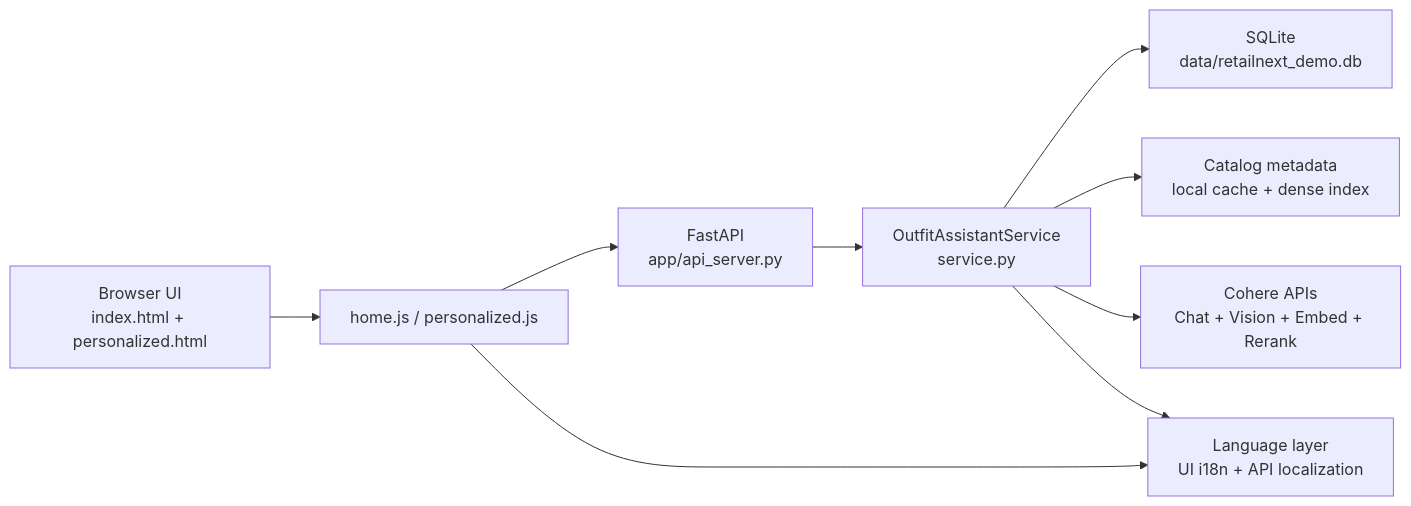
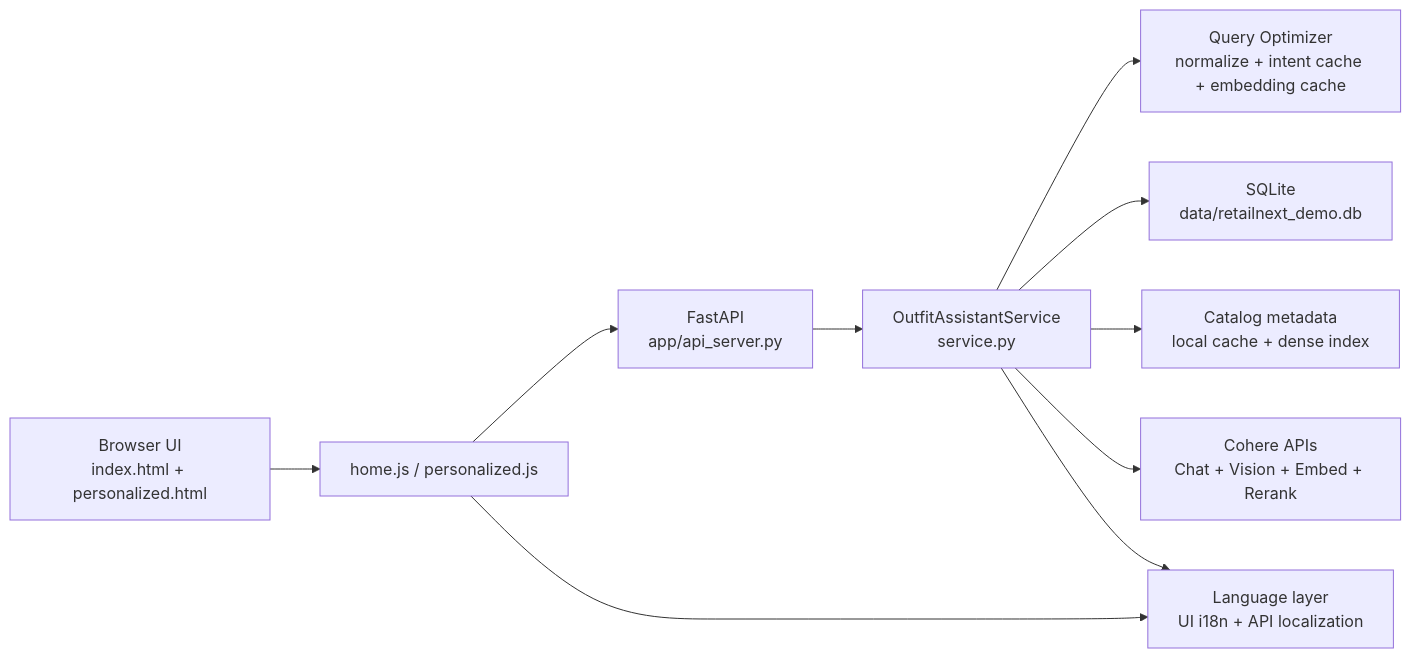
One commit to tlsandbox/cohere_globalmart changed the diagram in docs/ARCHITECTURE.md. Above: the diagram before and after it, drawn with Mermaid. The commit also changed other lines of this file and 6 other files, not shown here.

````diff
--- a/docs/ARCHITECTURE.md
+++ b/docs/ARCHITECTURE.md
@@ -18,20 +19,22 @@
 ```mermaid
 flowchart LR
     Browser["Browser UI\nindex.html + personalized.html"]
     JS["home.js / personalized.js"]
     API["FastAPI\napp/api_server.py"]
     Service["OutfitAssistantService\nservice.py"]
+    Optimizer["Query Optimizer\nnormalize + intent cache + embedding cache"]
     DB["SQLite\ndata/retailnext_demo.db"]
     Catalog["Catalog metadata\nlocal cache + dense index"]
     Cohere["Cohere APIs\nChat + Vision + Embed + Rerank"]
     I18N["Language layer\nUI i18n + API localization"]
 
     Browser --> JS
     JS --> API
     API --> Service
+    Service --> Optimizer
     Service --> DB
     Service --> Catalog
     Service --> Cohere
     JS --> I18N
     Service --> I18N
 ```
````
